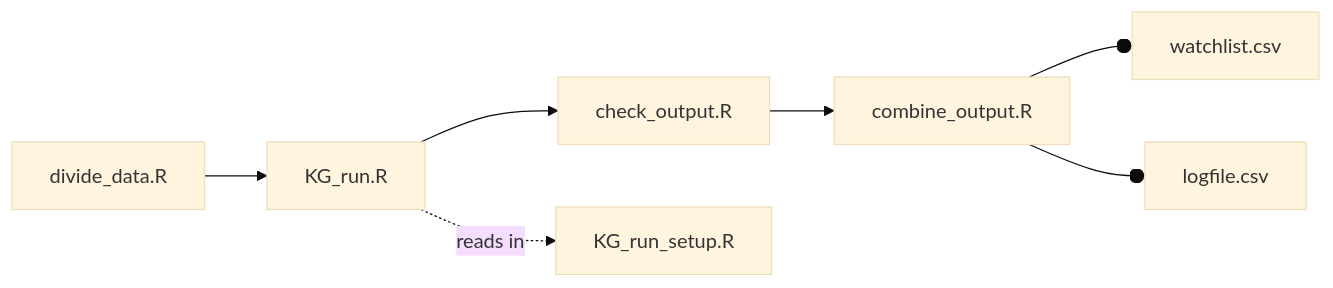
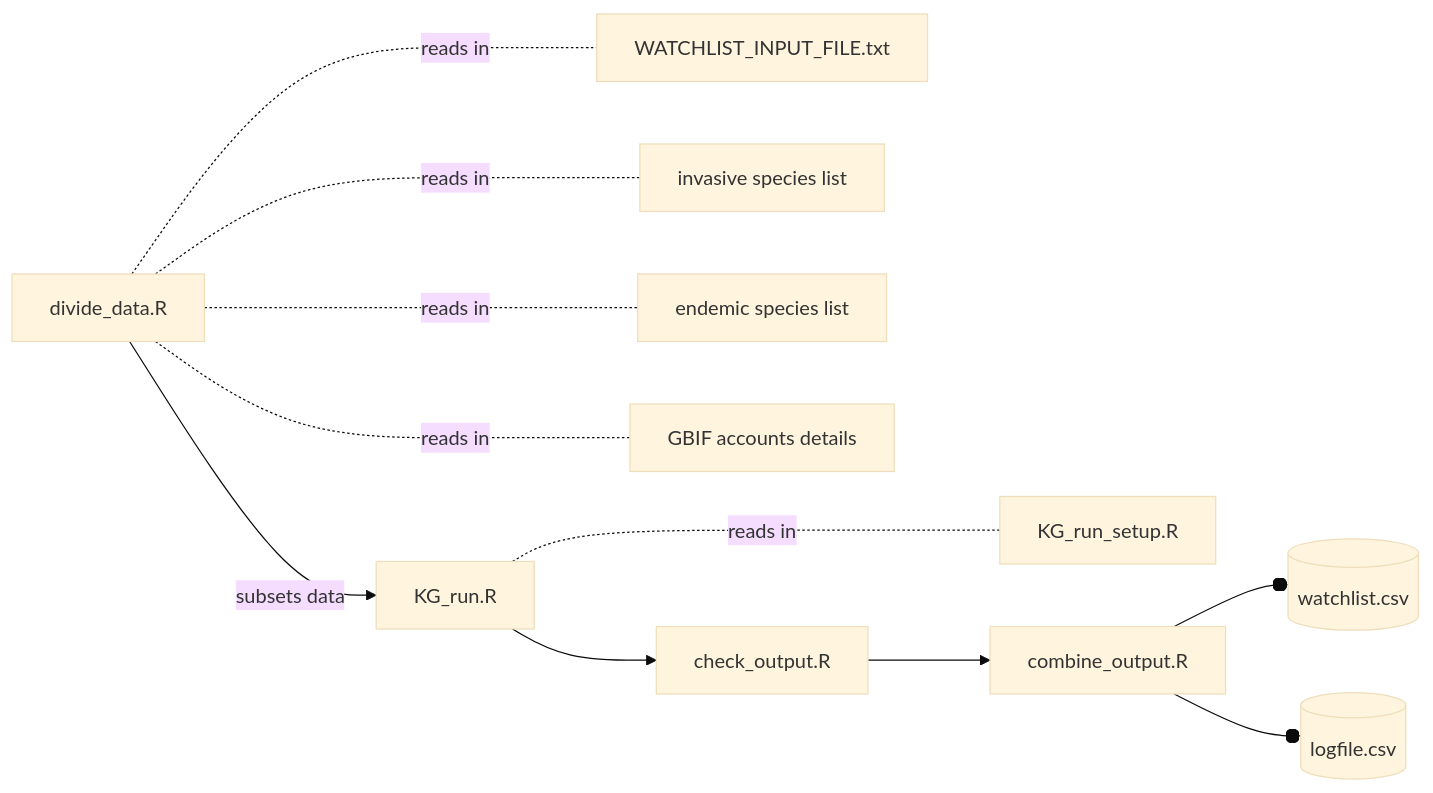
The diagram in README.md (clarkevansteenderen/KG_watchlist_parallel), drawn with Mermaid (base theme) before and after one commit.

````diff
--- a/README.md
+++ b/README.md
@@ -36,8 +36,9 @@
 ```mermaid
   graph LR;
-      divide_data.R -->KG_run.R
-      KG_run.R --> check_output.R
-      KG_run.R -. reads in .->  KG_run_setup.R
-      check_output.R --> combine_output.R
-      combine_output.R --o watchlist.csv & logfile.csv
+      A[divide_data.R] --> |subsets data| B[KG_run.R]
+      A -..- |reads in| C[WATCHLIST_INPUT_FILE.txt] & D[invasive species list] & E[endemic species list] & F[GBIF accounts details]
+      B --> G[check_output.R]
+      B -..- |reads in| H[KG_run_setup.R]
+      G --> J[combine_output.R]
+      J --o K[(watchlist.csv)] & L[(logfile.csv)]
 ```
````
